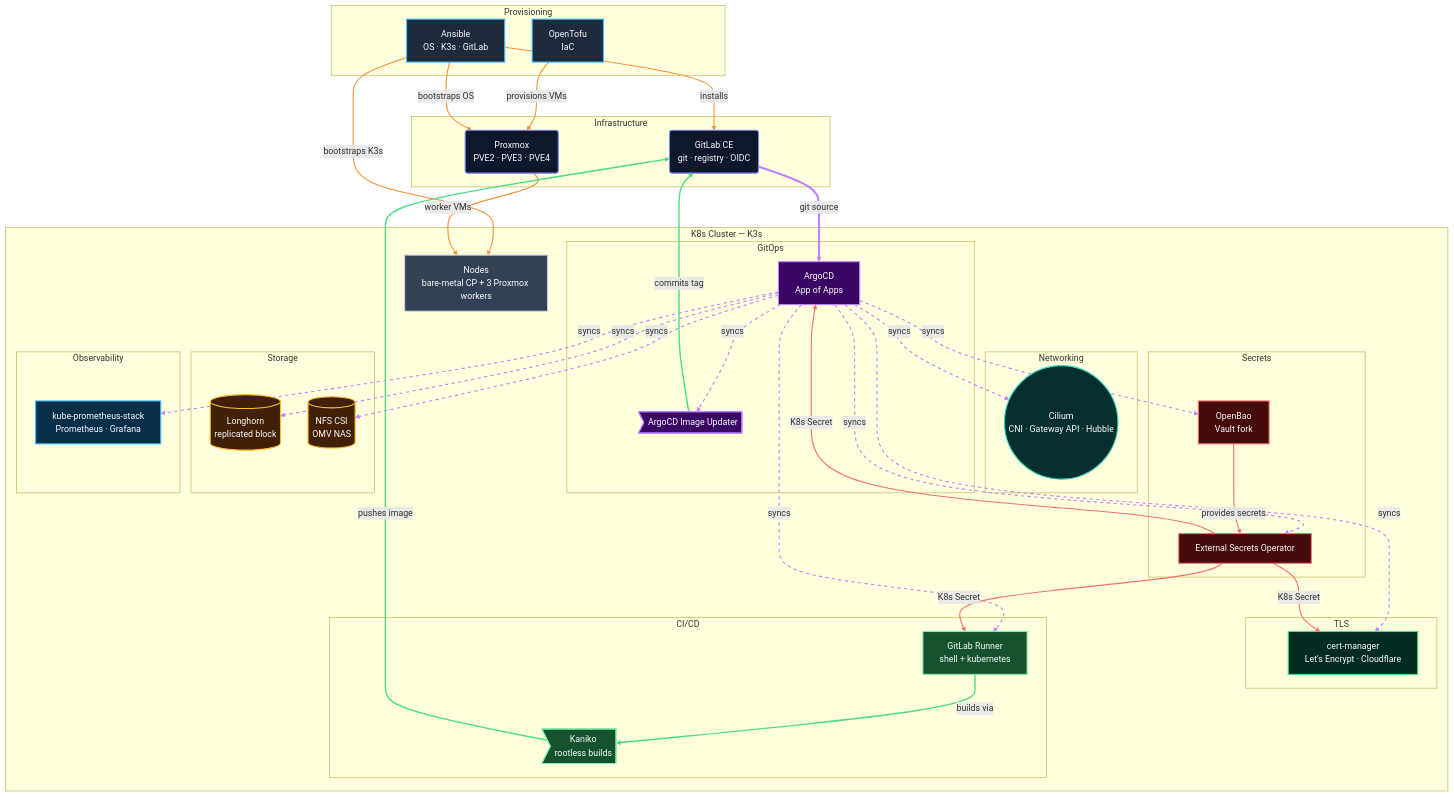
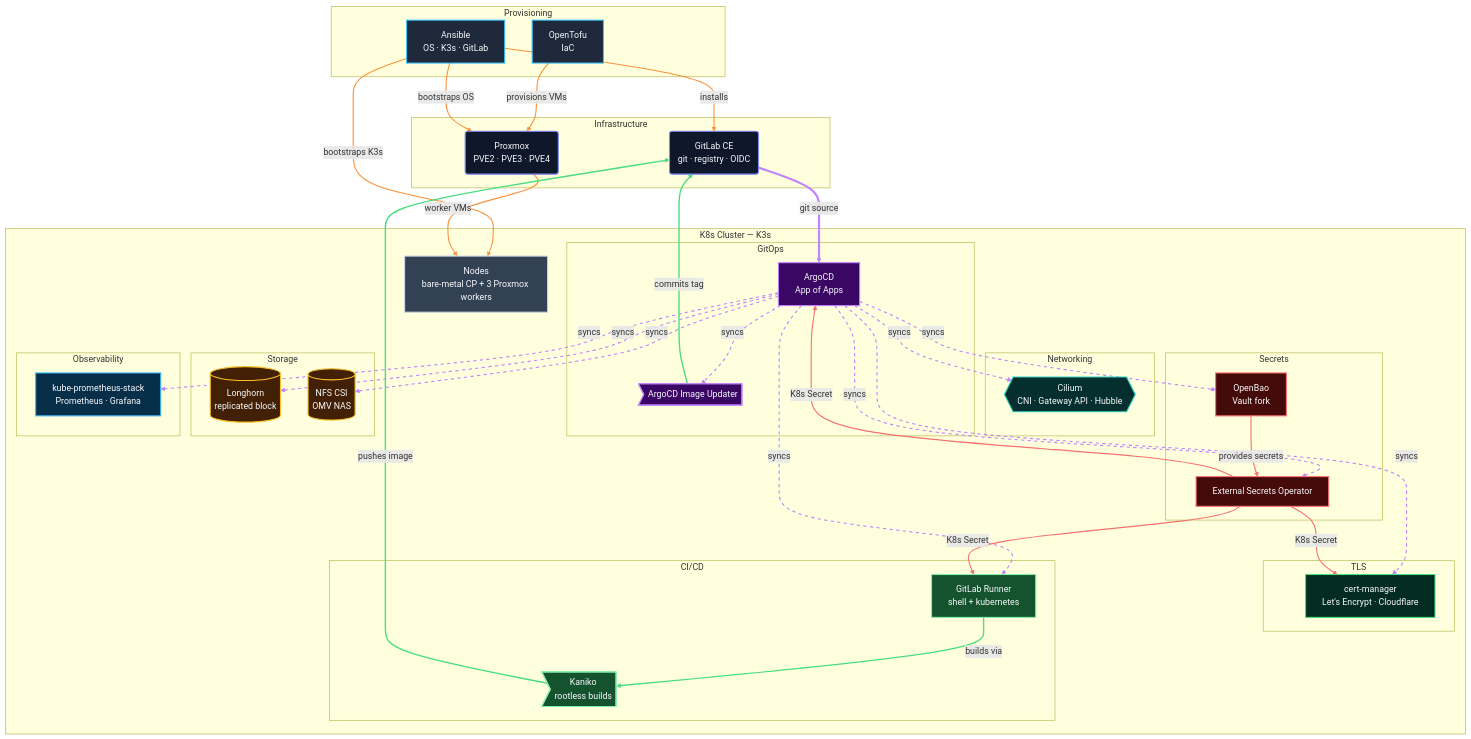
The diagram in _posts/2026-08-01-homelab-k8s-gitops-series.md (johnnydoer/blog), drawn with Mermaid before and after one commit. The commit also changed other lines of this file and 3 other files, not shown here.

```diff
--- a/_posts/2026-08-01-homelab-k8s-gitops-series.md
+++ b/_posts/2026-08-01-homelab-k8s-gitops-series.md
@@ -102,7 +107,7 @@
         NODES["Nodes\nbare-metal CP + 3 Proxmox workers"]
 
         subgraph "Networking"
-            CIL(("Cilium\nCNI · Gateway API · Hubble"))
+            CIL{{"Cilium\nCNI · Gateway API · Hubble"}}
         end
 
         subgraph "GitOps"
```
